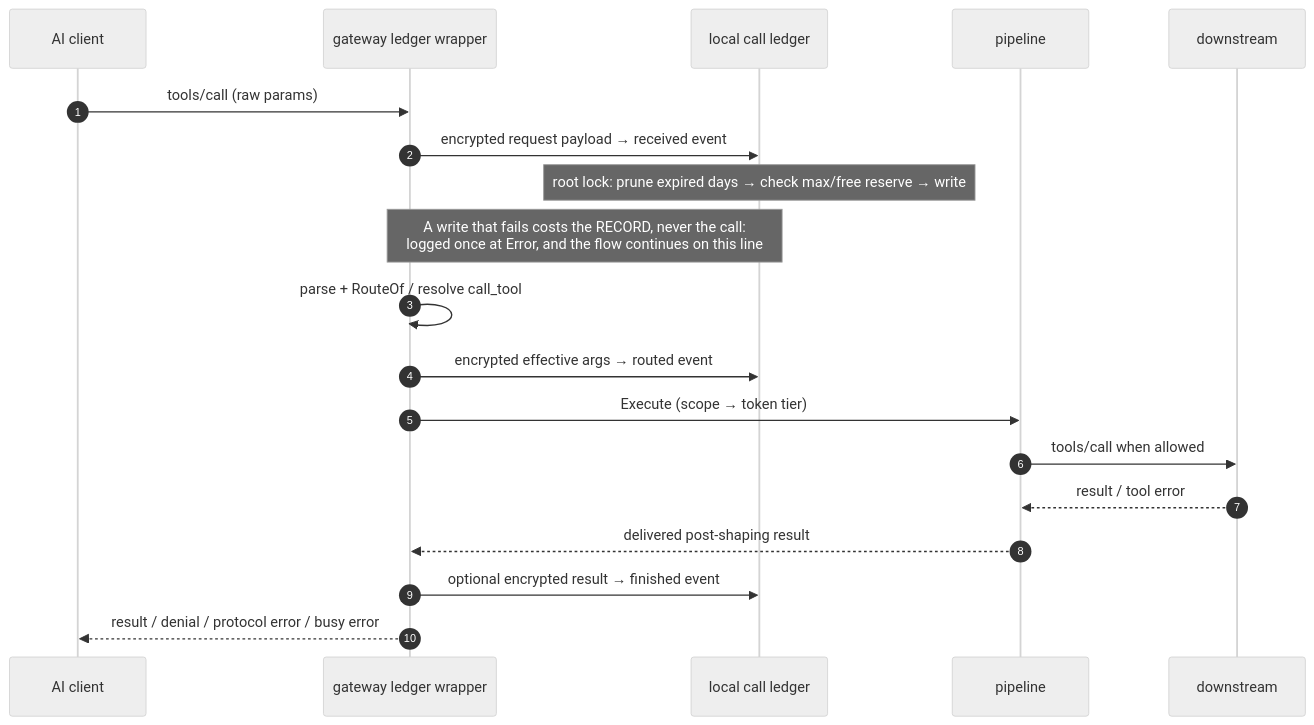
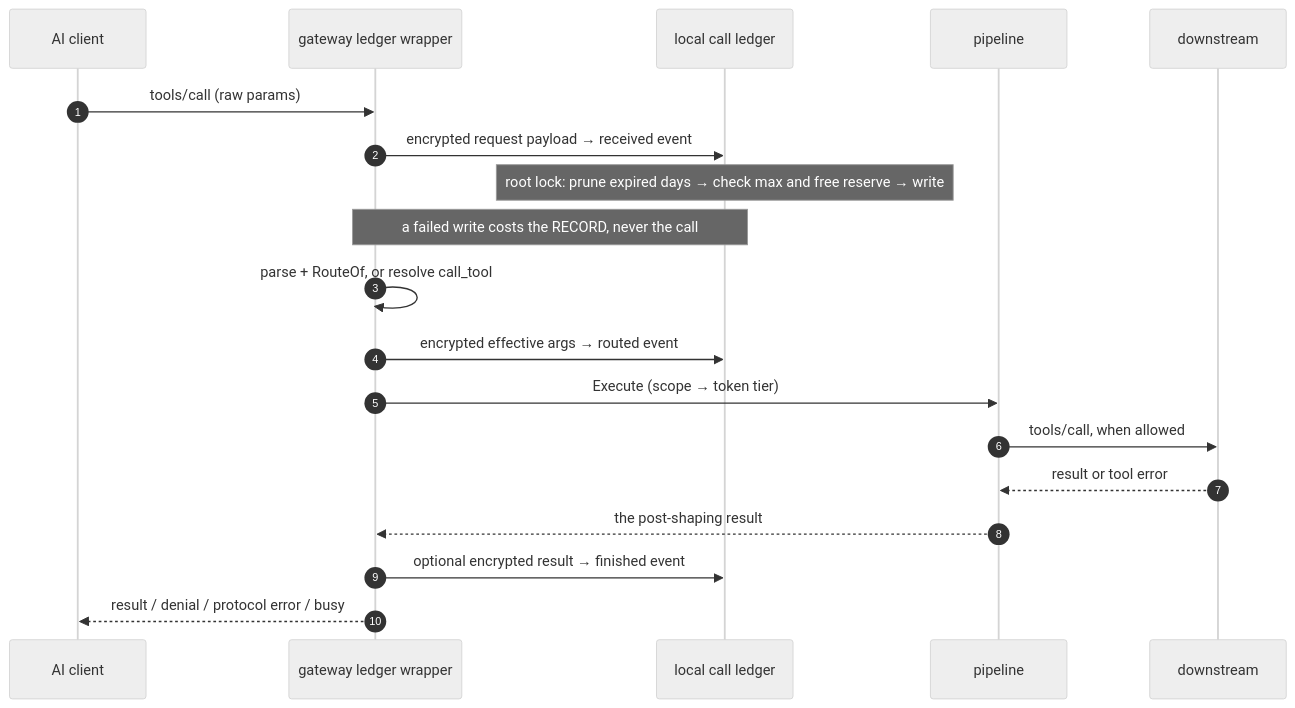
Before and after one commit to dinstein/agent-hub: the seventh of 7 diagrams in docs/flows.md, drawn with Mermaid (neutral theme). The commit also changed other lines of this file and 9 other files, not shown here.

First line of the commit message:
docs: rewrite flows, and retire the numbered-section check

````diff
--- a/docs/flows.md
+++ b/docs/flows.md
@@ -332,22 +307,22 @@
 ```mermaid
 sequenceDiagram
     autonumber
     participant C as AI client
     participant G as gateway ledger wrapper
     participant L as local call ledger
     participant P as pipeline
     participant D as downstream
 
     C->>G: tools/call (raw params)
     G->>L: encrypted request payload → received event
-    Note over L: root lock: prune expired days → check max/free reserve → write
-    Note over G,L: A write that fails costs the RECORD, never the call:<br/>logged once at Error, and the flow continues on this line
-    G->>G: parse + RouteOf / resolve call_tool
+    Note over L: root lock: prune expired days → check max and free reserve → write
+    Note over G,L: a failed write costs the RECORD, never the call
+    G->>G: parse + RouteOf, or resolve call_tool
     G->>L: encrypted effective args → routed event
     G->>P: Execute (scope → token tier)
-    P->>D: tools/call when allowed
-    D-->>P: result / tool error
-    P-->>G: delivered post-shaping result
+    P->>D: tools/call, when allowed
+    D-->>P: result or tool error
+    P-->>G: the post-shaping result
     G->>L: optional encrypted result → finished event
-    G-->>C: result / denial / protocol error / busy error
+    G-->>C: result / denial / protocol error / busy
 ```
````
